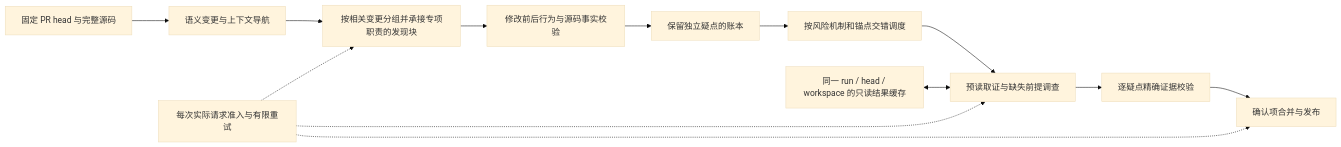
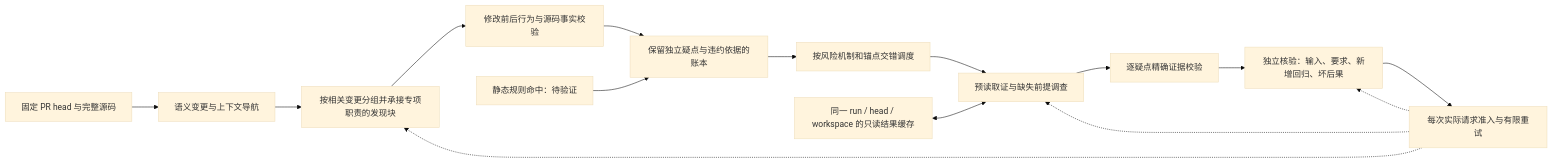
One commit to Wayne0607/ReviewForge changed the diagram in docs/hypothesis-pipeline-spec.md. Above: the diagram before and after it, drawn with Mermaid (base theme). The commit also changed other lines of this file and 27 other files, not shown here.

````diff
--- a/docs/hypothesis-pipeline-spec.md
+++ b/docs/hypothesis-pipeline-spec.md
@@ -14,15 +14,17 @@
 ```mermaid
 flowchart LR
     A[固定 PR head 与完整源码] --> B[语义变更与上下文导航]
     B --> C[按相关变更分组并承接专项职责的发现块]
     C --> D[修改前后行为与源码事实校验]
-    D --> E[保留独立疑点的账本]
+    D --> E[保留独立疑点与违约依据的账本]
+    S[静态规则命中：待验证] --> E
     E --> F[按风险机制和锚点交错调度]
     F --> G[预读取证与缺失前提调查]
     H[同一 run / head / workspace 的只读结果缓存] <--> G
     G --> I[逐疑点精确证据校验]
-    I --> J[确认项合并与发布]
+    I --> J[独立核验：输入、要求、新增回归、坏后果]
+    J --> K[按通过核验的原始事实确定性发布]
     K[每次实际请求准入与有限重试] -.-> C
     K -.-> G
     K -.-> J
 ```
````
